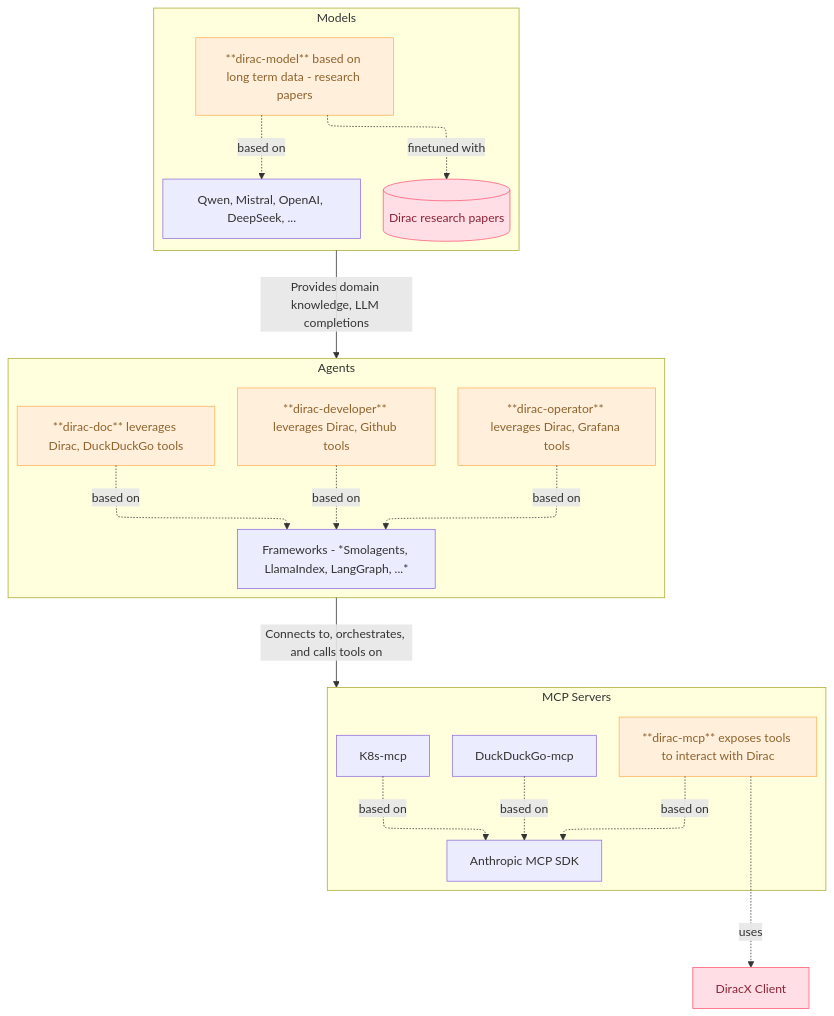
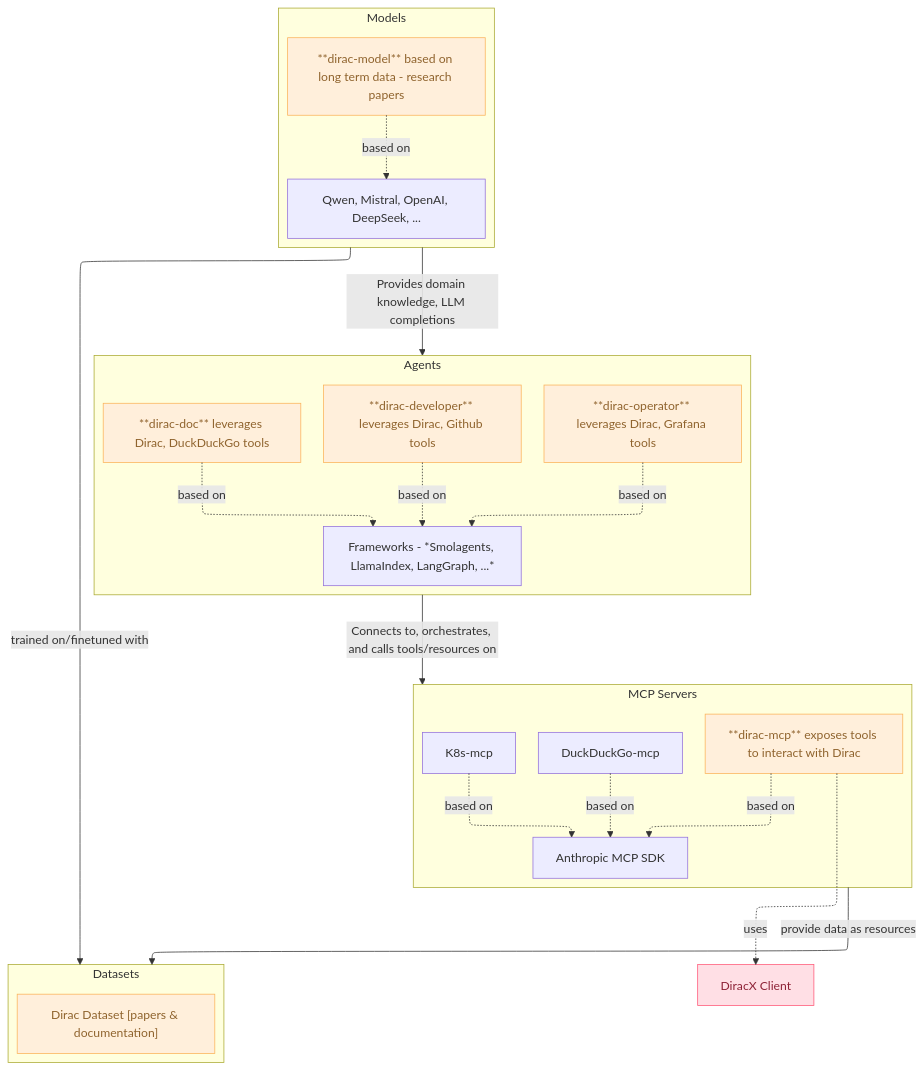
The diagram in README.md (aldbr/dirac-agentic), drawn with Mermaid before and after one commit. The commit also changed 120 other files, not shown here.

Commit message:
feat(dirac-dataset): use langchain to load documents

````diff
--- a/README.md
+++ b/README.md
@@ -14,45 +14,48 @@
 ```mermaid
 ---
 config:
   layout: elk
 ---
 flowchart TD
  subgraph Models["Models"]
         any-model["Qwen, Mistral, OpenAI, DeepSeek, ..."]
-        papers["Dirac research papers"]
         dirac-model["**dirac-model** based on long term data - research papers"]
   end
  subgraph Agents["Agents"]
         frameworks["Frameworks - *Smolagents, LlamaIndex, LangGraph, ...*"]
         dirac-agent1["**dirac-operator** leverages Dirac, Grafana tools"]
         dirac-agent2["**dirac-developer** leverages Dirac, Github tools"]
         dirac-agent3["**dirac-doc** leverages Dirac, DuckDuckGo tools"]
   end
  subgraph MCP_Servers["MCP Servers"]
         sdk["Anthropic MCP SDK"]
         dirac-mcp["**dirac-mcp** exposes tools to interact with Dirac"]
         k8s-mcp["K8s-mcp"]
         duckduckgo-mcp["DuckDuckGo-mcp"]
   end
+ subgraph Datasets["Datasets"]
+        dirac-dataset["Dirac Dataset [papers & documentation]"]
+  end
     dirac-model -. based on .-> any-model
-    dirac-model -. finetuned with .-> papers
+    Models -- trained on/finetuned with --> Datasets
     dirac-agent1 -. based on .-> frameworks
     dirac-agent2 -. based on .-> frameworks
     dirac-agent3 -. based on .-> frameworks
     Models -- Provides domain knowledge, LLM completions --> Agents
-    Agents -- Connects to, orchestrates, and calls tools on --> MCP_Servers
+    Agents -- Connects to, orchestrates, and calls tools/resources on --> MCP_Servers
+    MCP_Servers -- provide data as resources --> Datasets
     dirac-mcp -. uses .-> dirac["DiracX Client"]
     dirac-mcp -. based on .-> sdk
     duckduckgo-mcp -. based on .-> sdk
     k8s-mcp -. based on .-> sdk
-    papers@{ shape: cyl}
-     papers:::Rose
      dirac-model:::Peach
      dirac-agent1:::Peach
      dirac-agent2:::Peach
      dirac-agent3:::Peach
      dirac-mcp:::Peach
+     dirac-dataset:::Peach
      dirac:::Rose
+    classDef Rose stroke-width:1px, stroke-dasharray:none, stroke:#FF5978, fill:#FFDFE5, color:#8E2236
     classDef Peach stroke-width:1px, stroke-dasharray:none, stroke:#FBB35A, fill:#FFEFDB, color:#8F632D
-    classDef Rose stroke-width:1px, stroke-dasharray:none, stroke:#FF5978, fill:#FFDFE5, color:#8E2236
+
 ```
````
